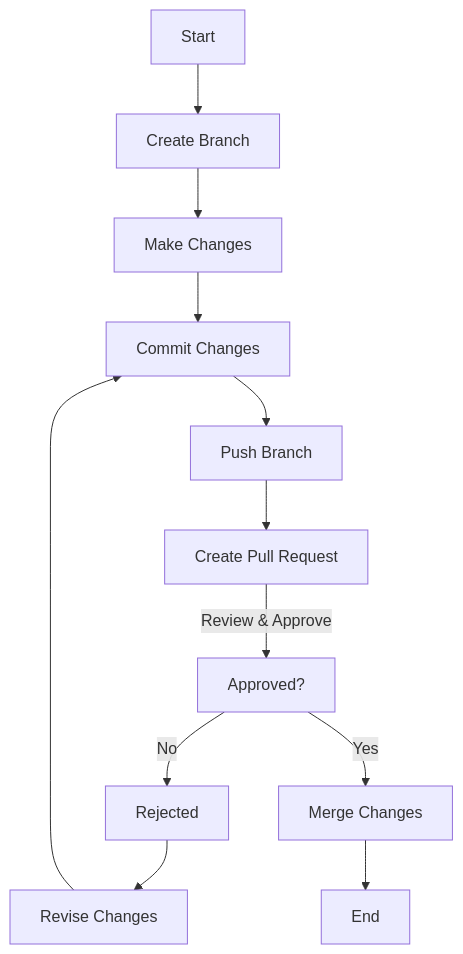
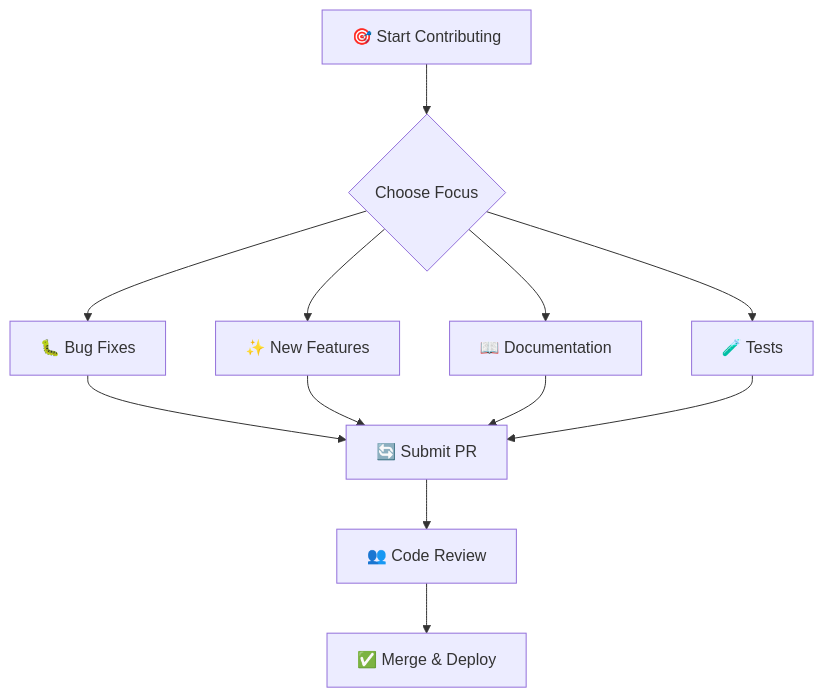
The second of 2 diagrams in website/assets/markdown/Overview.md (controlorigins/documents), drawn with Mermaid before and after one commit. The commit also changed other lines of this file and 25 other files, not shown here.

````diff
--- a/website/assets/markdown/Overview.md
+++ b/website/assets/markdown/Overview.md
@@ -35,14 +251,16 @@
-```mermaid
-graph TD;
-  A[Start] --> B[Create Branch];
-  B --> C[Make Changes];
-  C --> D[Commit Changes];
-  D --> E[Push Branch];
-  E --> F[Create Pull Request];
-  F --> |Review & Approve| G[Approved?];
-  G --> |No| H[Rejected];
-  H --> I[Revise Changes];
-  I --> D; 
-  G --> |Yes| J[Merge Changes];
-  J --> K[End];
-```
+~~~mermaid
+graph TD
+    A[🎯 Start Contributing] --> B{Choose Focus}
+    B --> C[🐛 Bug Fixes]
+    B --> D[✨ New Features] 
+    B --> E[📖 Documentation]
+    B --> F[🧪 Tests]
+    
+    C --> G[🔄 Submit PR]
+    D --> G
+    E --> G  
+    F --> G
+    
+    G --> H[👥 Code Review]
+    H --> I[✅ Merge & Deploy]
+~~~
````
